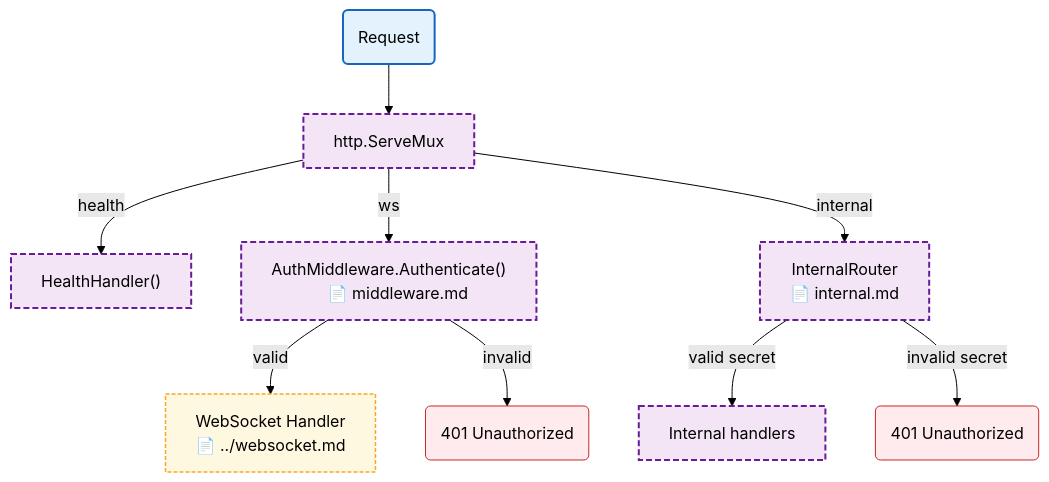
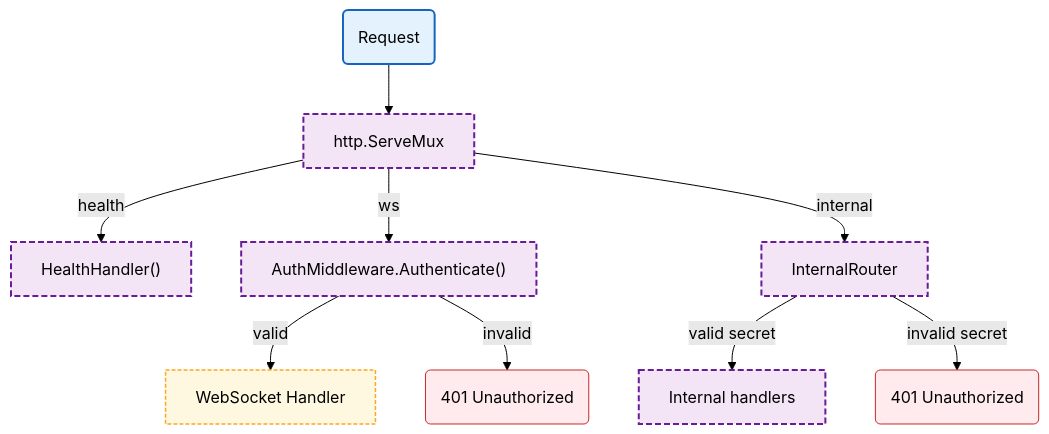
The diagram in docs/internal/server/README.md (radch-ai/ava), drawn with Mermaid (forest theme) before and after one commit. The commit also changed 8 other files, not shown here.

````diff
--- a/docs/internal/server/README.md
+++ b/docs/internal/server/README.md
@@ -7,26 +7,25 @@
 ```mermaid
 flowchart TB
     Start("Request") --> Mux["http.ServeMux"]
     Mux -->|health| Health["HealthHandler()"]
-    Mux -->|ws| AuthMW["AuthMiddleware.Authenticate()
-    📄 middleware.md"]
-    Mux -->|internal| Internal["InternalRouter
-    📄 internal.md"]
+    Mux -->|ws| AuthMW["AuthMiddleware.Authenticate()"]
+    Mux -->|internal| Internal["InternalRouter"]
     
-    AuthMW -->|valid| WSHandler["WebSocket Handler
-    📄 ../websocket.md"]
+    AuthMW -->|valid| WSHandler["WebSocket Handler"]
     AuthMW -->|invalid| AuthErr("401 Unauthorized")
     
     Internal -->|valid secret| InternalHandler["Internal handlers"]
     Internal -->|invalid secret| InternalErr("401 Unauthorized")
+
+    click WSHandler href "../websocket.md"
 
     classDef mainFn fill:#e3f2fd,stroke:#1565c0,stroke-width:2px
     classDef internalFn fill:#f3e5f5,stroke:#6a1b9a,stroke-width:2px,stroke-dasharray:6 3
     classDef localPkgs fill:#fff8e1,stroke:#f9a825,stroke-width:1.5px,stroke-dasharray:4 2
     classDef errorFlow fill:#ffebee,stroke:#c62828,stroke-width:1px
 
     class Start mainFn
     class Mux,Health,AuthMW,Internal,InternalHandler internalFn
     class WSHandler localPkgs
     class AuthErr,InternalErr errorFlow
 ```
````
